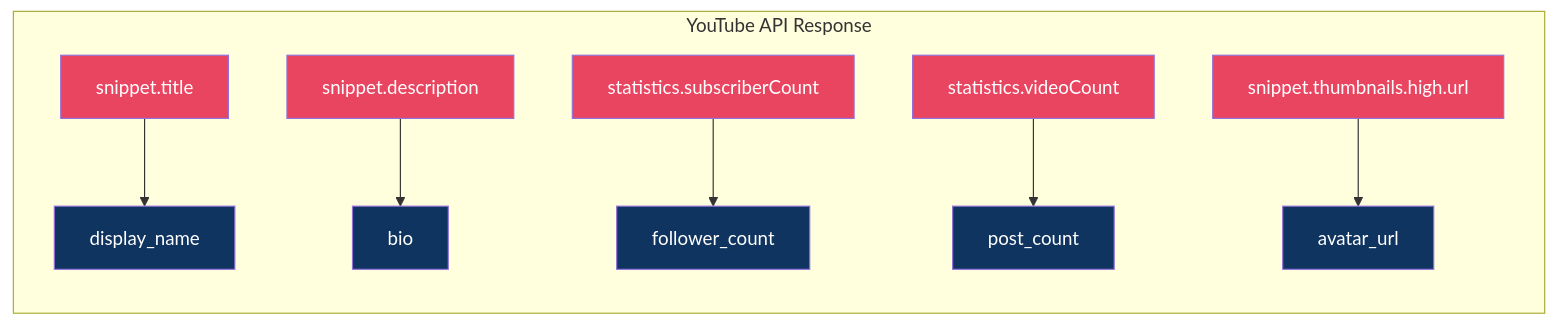
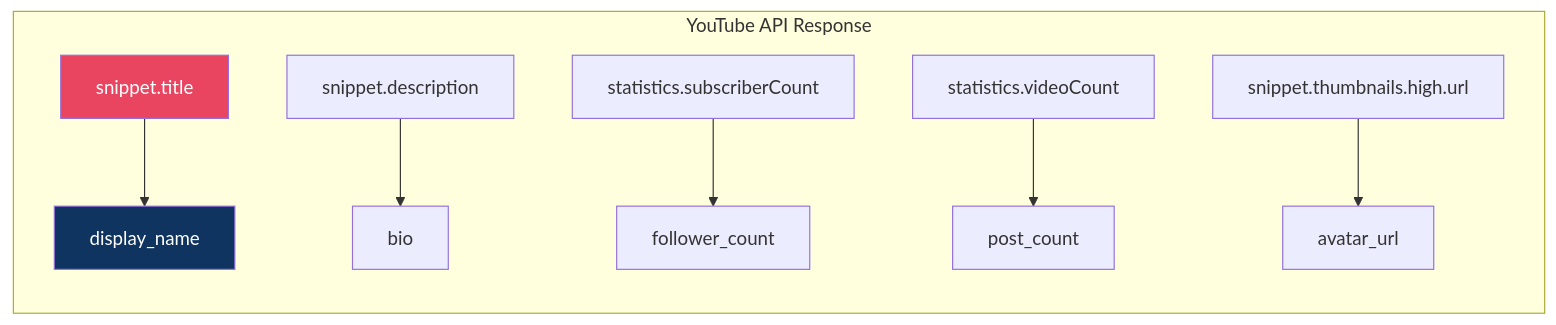
One commit to pankaj-kumar-techie/social-media-sdk changed the second of 2 diagrams in docs/data-models.md. Above: the diagram before and after it, drawn with Mermaid. The commit also changed other lines of this file and 8 other files, not shown here.

Commit message:
Refactor README for clarity and add detailed architecture documentation.

````diff
--- a/docs/data-models.md
+++ b/docs/data-models.md
@@ -64,21 +63,13 @@
 ```mermaid
 graph LR
     subgraph "YouTube API Response"
         YT_TITLE["snippet.title"] --> DN["display_name"]
         YT_DESC["snippet.description"] --> BIO["bio"]
         YT_SUBS["statistics.subscriberCount"] --> FC["follower_count"]
         YT_VIDS["statistics.videoCount"] --> PC["post_count"]
         YT_THUMB["snippet.thumbnails.high.url"] --> AV["avatar_url"]
     end
 
     style YT_TITLE fill:#e94560,color:#fff
-    style YT_DESC fill:#e94560,color:#fff
-    style YT_SUBS fill:#e94560,color:#fff
-    style YT_VIDS fill:#e94560,color:#fff
-    style YT_THUMB fill:#e94560,color:#fff
     style DN fill:#0f3460,color:#fff
-    style BIO fill:#0f3460,color:#fff
-    style FC fill:#0f3460,color:#fff
-    style PC fill:#0f3460,color:#fff
-    style AV fill:#0f3460,color:#fff
 ```
````
